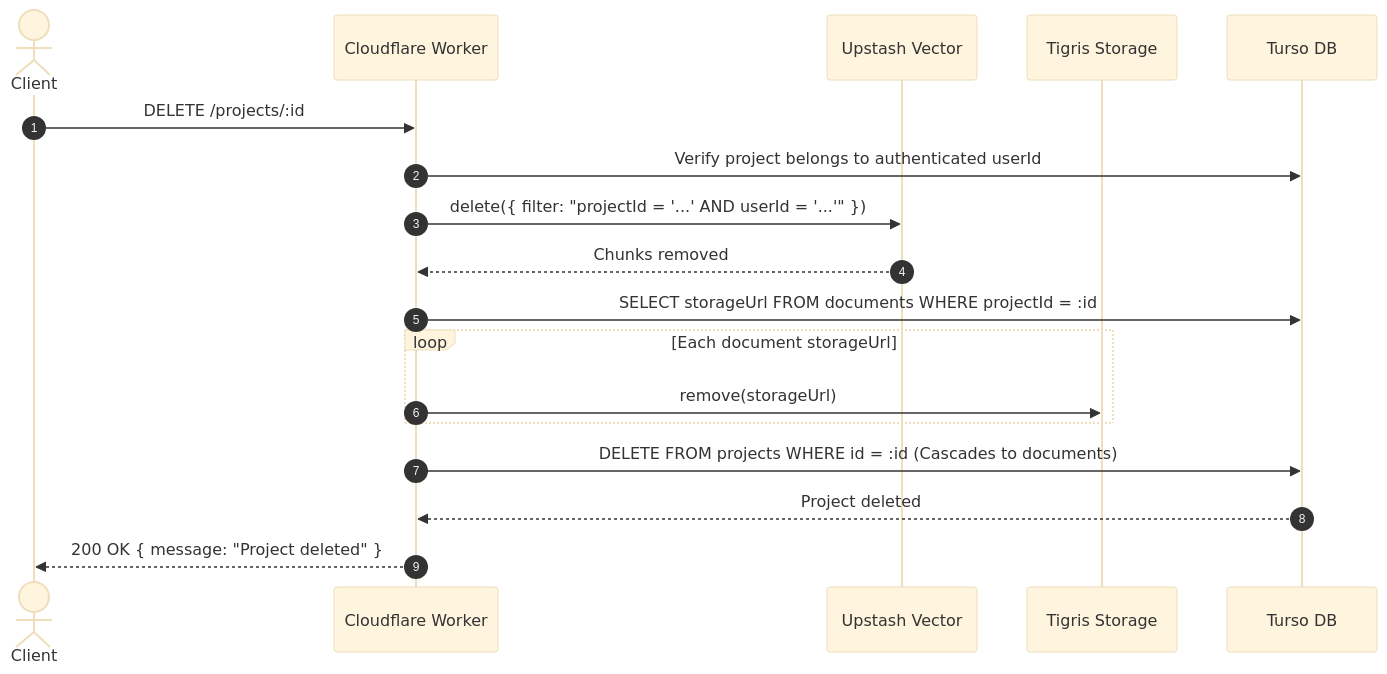
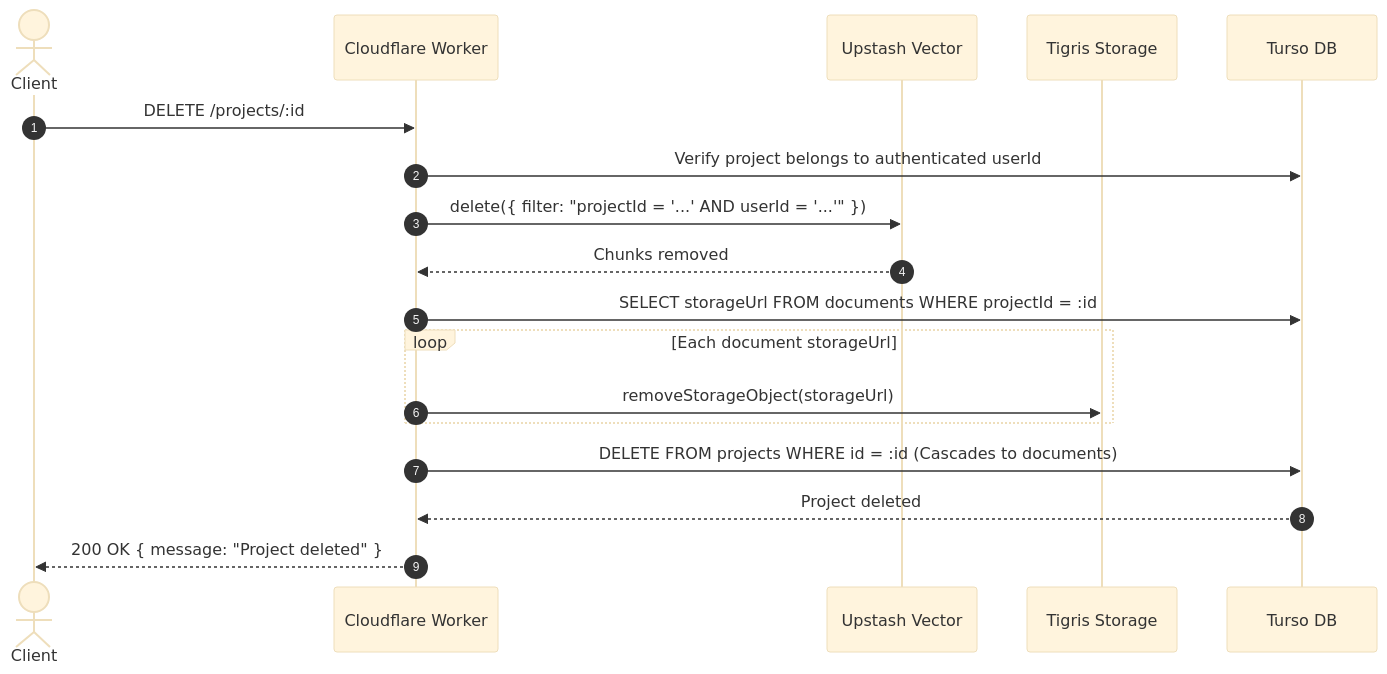
Before and after one commit to BasavarajMuttagi/file-sense-worker: the fifth of 5 diagrams in ARCHITECTURE.md, drawn with Mermaid (base theme). The commit also changed other lines of this file, not shown here.

Commit message:
docs: update architecture documentation to reflect hybrid search, ephemeral boxes, query sessions, and test suite structure

````diff
--- a/ARCHITECTURE.md
+++ b/ARCHITECTURE.md
@@ -299,27 +342,27 @@
 ```mermaid
 sequenceDiagram
     autonumber
     actor Client
     participant Worker as Cloudflare Worker
     participant Upstash as Upstash Vector
     participant Tigris as Tigris Storage
     participant Turso as Turso DB
 
     Client->>Worker: DELETE /projects/:id
     Worker->>Turso: Verify project belongs to authenticated userId
 
     %% Upstash cleanup
     Worker->>Upstash: delete({ filter: "projectId = '...' AND userId = '...'" })
     Upstash-->>Worker: Chunks removed
 
     %% Tigris cleanup
     Worker->>Turso: SELECT storageUrl FROM documents WHERE projectId = :id
     loop Each document storageUrl
-        Worker->>Tigris: remove(storageUrl)
+        Worker->>Tigris: removeStorageObject(storageUrl)
     end
 
     %% Turso cleanup
     Worker->>Turso: DELETE FROM projects WHERE id = :id (Cascades to documents)
     Turso-->>Worker: Project deleted
     Worker-->>Client: 200 OK { message: "Project deleted" }
 ```
````
